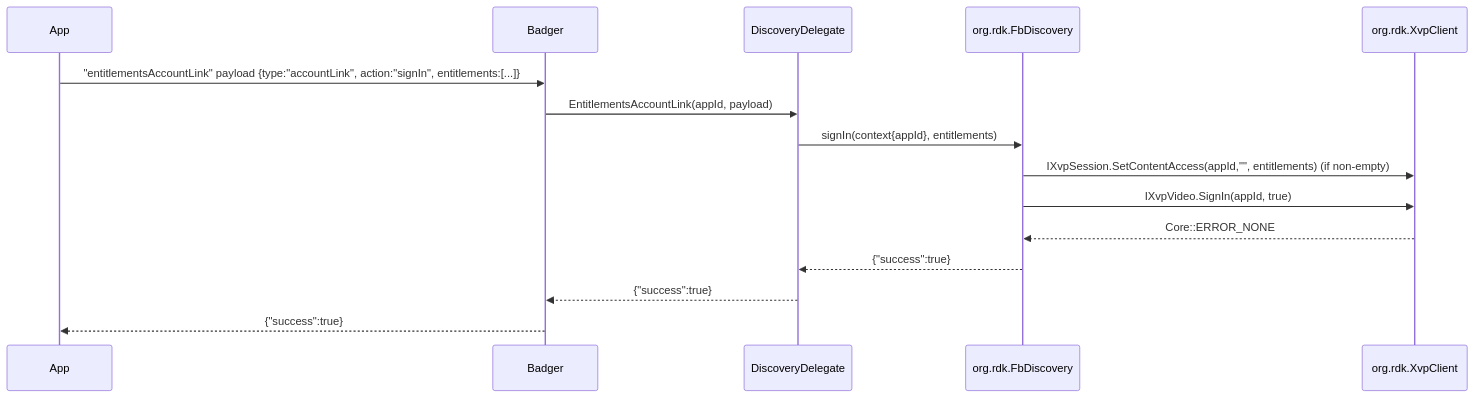
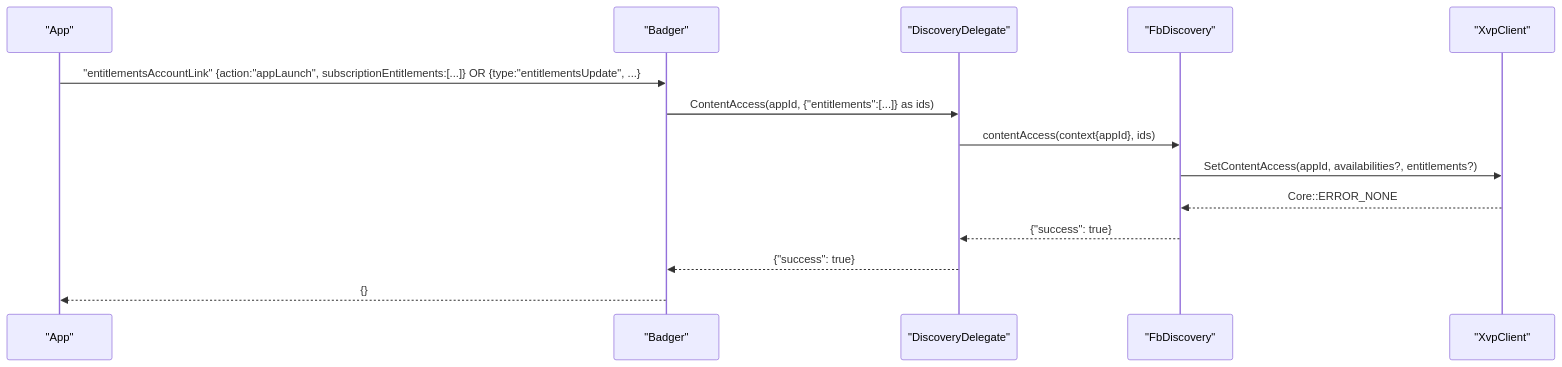
Before and after one commit to Naveennat/app-gateway2: the third of 5 diagrams in kavia-docs/entitlements-xvp-delegate-design.md, drawn with Mermaid. The commit also changed other lines of this file and 21 other files, not shown here.

````diff
--- a/kavia-docs/entitlements-xvp-delegate-design.md
+++ b/kavia-docs/entitlements-xvp-delegate-design.md
@@ -250,18 +259,17 @@
 ```mermaid
 sequenceDiagram
-  participant App as App
-  participant Badger as Badger
-  participant Dlg as DiscoveryDelegate
-  participant Disc as org.rdk.FbDiscovery
-  participant XVP as org.rdk.XvpClient
+  participant App as "App"
+  participant Badger as "Badger"
+  participant Dlg as "DiscoveryDelegate"
+  participant Disc as "FbDiscovery"
+  participant XVP as "XvpClient"
 
-  App->>Badger: "entitlementsAccountLink" payload {type:"accountLink", action:"signIn", entitlements:[...]}
-  Badger->>Dlg: EntitlementsAccountLink(appId, payload)
-  Dlg->>Disc: signIn(context{appId}, entitlements)
-  Disc->>XVP: IXvpSession.SetContentAccess(appId,"", entitlements) (if non-empty)
-  Disc->>XVP: IXvpVideo.SignIn(appId, true)
+  App->>Badger: "entitlementsAccountLink" {action:"appLaunch", subscriptionEntitlements:[...]} OR {type:"entitlementsUpdate", ...}
+  Badger->>Dlg: ContentAccess(appId, {"entitlements":[...]} as ids)
+  Dlg->>Disc: contentAccess(context{appId}, ids)
+  Disc->>XVP: SetContentAccess(appId, availabilities?, entitlements?)
   XVP-->>Disc: Core::ERROR_NONE
-  Disc-->>Dlg: {"success":true}
-  Dlg-->>Badger: {"success":true}
-  Badger-->>App: {"success":true}
+  Disc-->>Dlg: {"success": true}
+  Dlg-->>Badger: {"success": true}
+  Badger-->>App: {}
 ```
````
